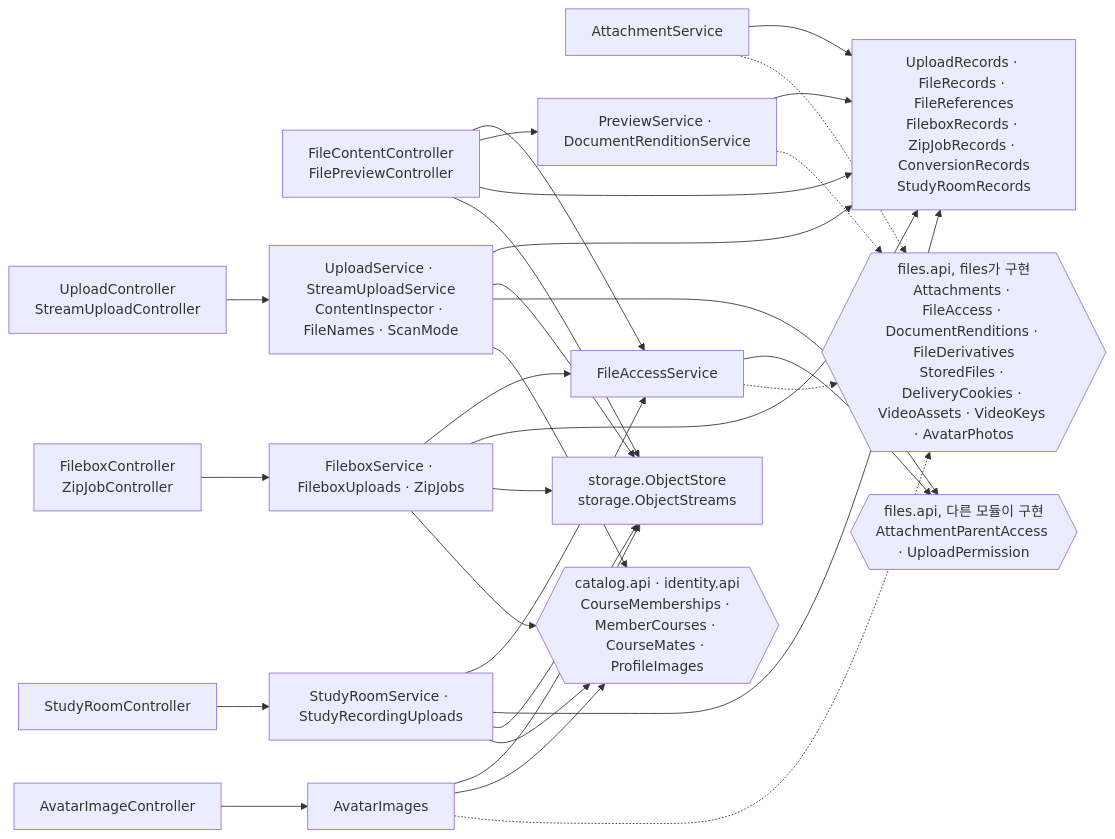
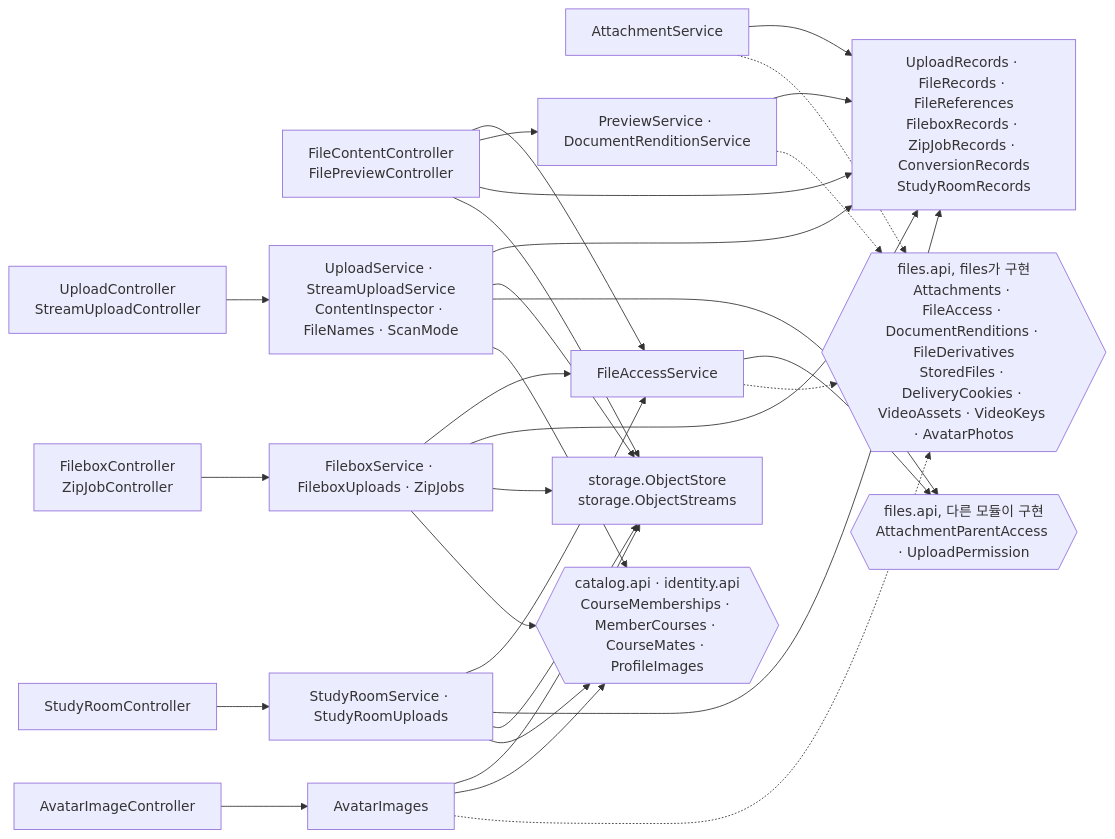
Diagram 11 of 18 in backend/docs/c4.md (2026ENDPoinT/team13), drawn with Mermaid before and after one commit. The commit also changed other lines of this file and 14 other files, not shown here.

````diff
--- a/backend/docs/c4.md
+++ b/backend/docs/c4.md
@@ -449,37 +449,37 @@
 ```mermaid
 flowchart LR
   CU["UploadController<br/>StreamUploadController"]
   CF["FileContentController<br/>FilePreviewController"]
   CB["FileboxController<br/>ZipJobController"]
   CA["AvatarImageController"]
   CS["StudyRoomController"]
   US["UploadService · StreamUploadService<br/>ContentInspector · FileNames · ScanMode"]
   AS["AttachmentService"]
   FA["FileAccessService"]
   FB["FileboxService · FileboxUploads · ZipJobs"]
-  SR["StudyRoomService · StudyRecordingUploads"]
+  SR["StudyRoomService · StudyRoomUploads"]
   AV["AvatarImages"]
   PV["PreviewService · DocumentRenditionService"]
   R["UploadRecords · FileRecords · FileReferences<br/>FileboxRecords · ZipJobRecords · ConversionRecords<br/>StudyRoomRecords"]
   OS["storage.ObjectStore<br/>storage.ObjectStreams"]
   API{{"files.api, files가 구현<br/>Attachments · FileAccess · DocumentRenditions · FileDerivatives<br/>StoredFiles · DeliveryCookies · VideoAssets · VideoKeys · AvatarPhotos"}}
   PAR{{"files.api, 다른 모듈이 구현<br/>AttachmentParentAccess · UploadPermission"}}
   EXT{{"catalog.api · identity.api<br/>CourseMemberships · MemberCourses · CourseMates · ProfileImages"}}
   CU --> US
   CF --> FA & PV & R & OS
   CB --> FB
   CA --> AV
   CS --> SR
   US --> R & OS
   US --> PAR
   US --> EXT
   AS --> R
   FA --> PAR
   FB --> FA & R & OS
   FB --> EXT
   SR --> FA & R & OS
   SR --> EXT
   AV --> OS & EXT
   PV --> R
   AS & FA & PV & AV -.-> API
 ```
````
